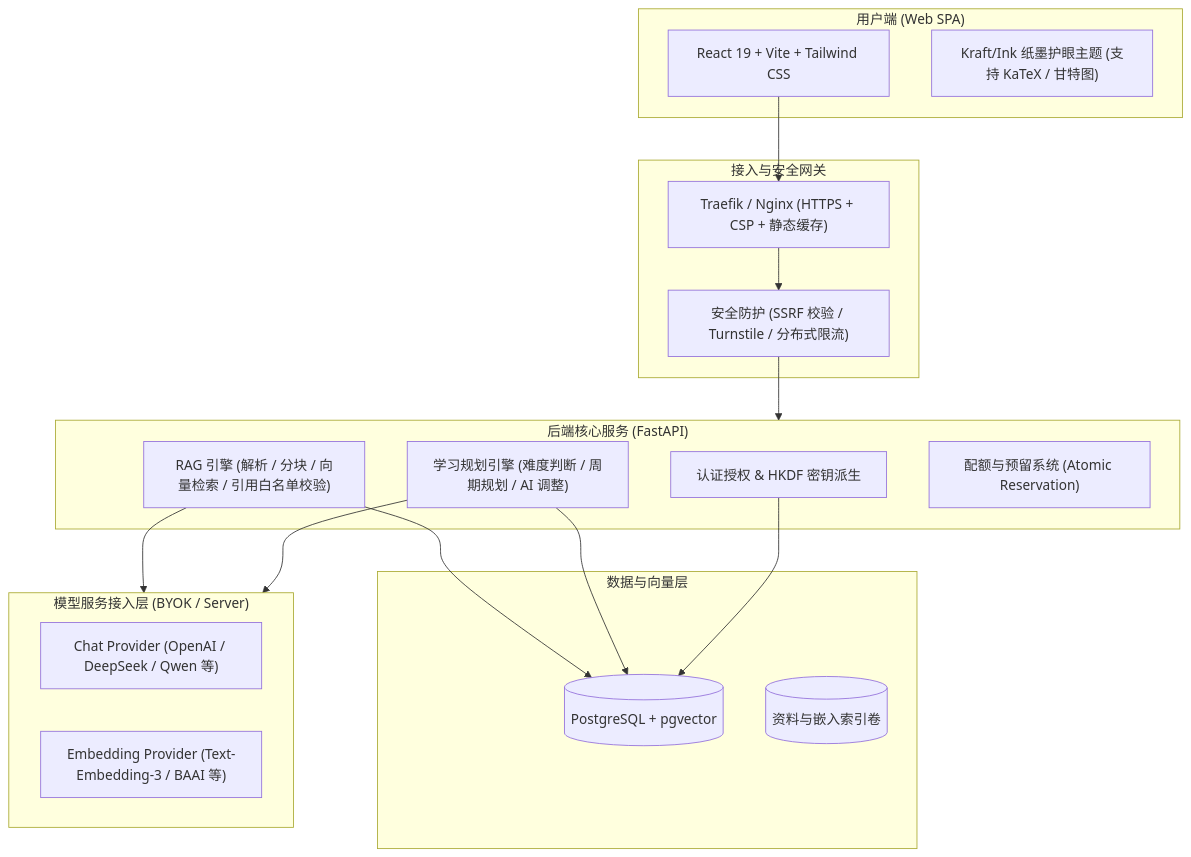
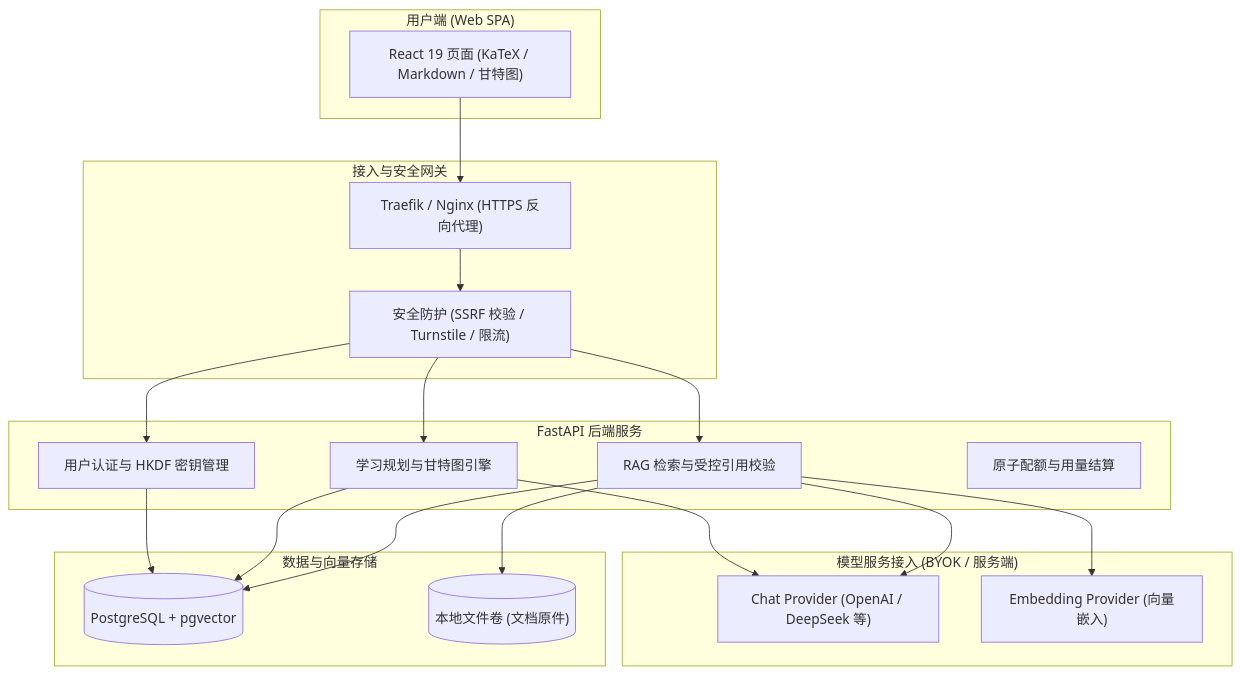
Before and after one commit to au1bhi/NoteLLM: the diagram in README.md, drawn with Mermaid. The commit also changed other lines of this file, not shown here.

Commit message:
📝 docs: fix Mermaid graph syntax, branch badge URLs, and clean deployment guidelines in README

````diff
--- a/README.md
+++ b/README.md
@@ -52,36 +52,41 @@
 ```mermaid
 flowchart TB
     subgraph Client["用户端 (Web SPA)"]
-        UI["React 19 + Vite + Tailwind CSS"]
-        Theme["Kraft/Ink 纸墨护眼主题 (支持 KaTeX / 甘特图)"]
+        UI["React 19 页面 (KaTeX / Markdown / 甘特图)"]
     end
 
     subgraph Gateway["接入与安全网关"]
-        Traefik["Traefik / Nginx (HTTPS + CSP + 静态缓存)"]
-        SecFilter["安全防护 (SSRF 校验 / Turnstile / 分布式限流)"]
+        Traefik["Traefik / Nginx (HTTPS 反向代理)"]
+        SecFilter["安全防护 (SSRF 校验 / Turnstile / 限流)"]
     end
 
-    subgraph Backend["后端核心服务 (FastAPI)"]
-        Auth["认证授权 & HKDF 密钥派生"]
-        RAG["RAG 引擎 (解析 / 分块 / 向量检索 / 引用白名单校验)"]
-        PlanEngine["学习规划引擎 (难度判断 / 周期规划 / AI 调整)"]
-        Usage["配额与预留系统 (Atomic Reservation)"]
+    subgraph Backend["FastAPI 后端服务"]
+        Auth["用户认证与 HKDF 密钥管理"]
+        RAG["RAG 检索与受控引用校验"]
+        PlanEngine["学习规划与甘特图引擎"]
+        Usage["原子配额与用量结算"]
     end
 
-    subgraph Storage["数据与向量层"]
-        PG[(PostgreSQL + pgvector)]
-        DataVolume[(资料与嵌入索引卷)]
+    subgraph Storage["数据与向量存储"]
+        PG[("PostgreSQL + pgvector")]
+        DataVolume[("本地文件卷 (文档原件)")]
     end
 
-    subgraph ModelLayer["模型服务接入层 (BYOK / Server)"]
-        LLM["Chat Provider (OpenAI / DeepSeek / Qwen 等)"]
-        Embed["Embedding Provider (Text-Embedding-3 / BAAI 等)"]
+    subgraph ModelLayer["模型服务接入 (BYOK / 服务端)"]
+        LLM["Chat Provider (OpenAI / DeepSeek 等)"]
+        Embed["Embedding Provider (向量嵌入)"]
     end
 
-    UI --> Traefik --> SecFilter --> Backend
+    UI --> Traefik
+    Traefik --> SecFilter
+    SecFilter --> Auth
+    SecFilter --> RAG
+    SecFilter --> PlanEngine
     RAG --> PG
     PlanEngine --> PG
     Auth --> PG
-    RAG --> ModelLayer
-    PlanEngine --> ModelLayer
+    RAG --> DataVolume
+    RAG --> LLM
+    RAG --> Embed
+    PlanEngine --> LLM
 ```
````
